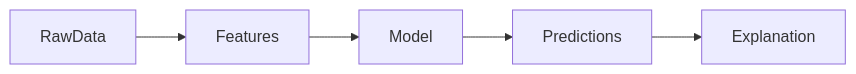
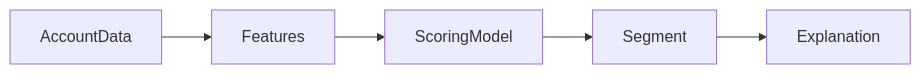
Before and after one commit to Adityansh-Chand/ai-sales-intelligence-engine: the diagram in README.md, drawn with Mermaid. The commit also changed other lines of this file and 8 other files, not shown here.

Commit message:
feat: add account propensity scoring engine

````diff
--- a/README.md
+++ b/README.md
@@ -8,7 +8,7 @@
 ```mermaid
 flowchart LR
-RawData --> Features
-Features --> Model
-Model --> Predictions
-Predictions --> Explanation
+  AccountData --> Features
+  Features --> ScoringModel
+  ScoringModel --> Segment
+  Segment --> Explanation
 ```
````
